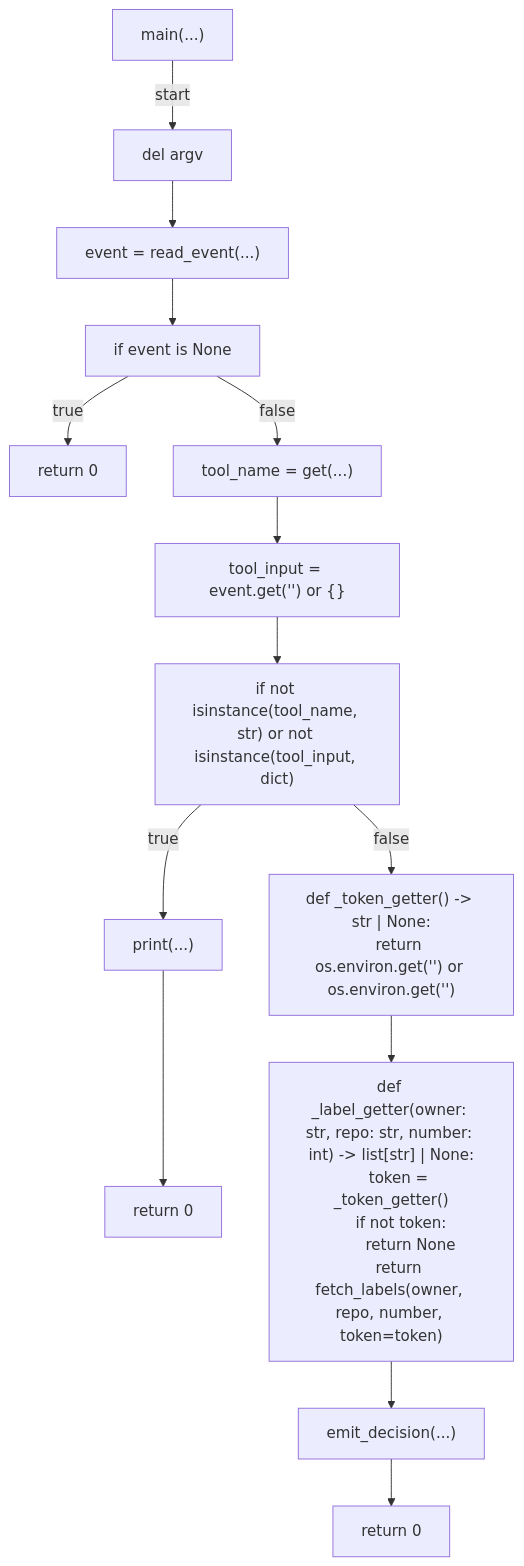
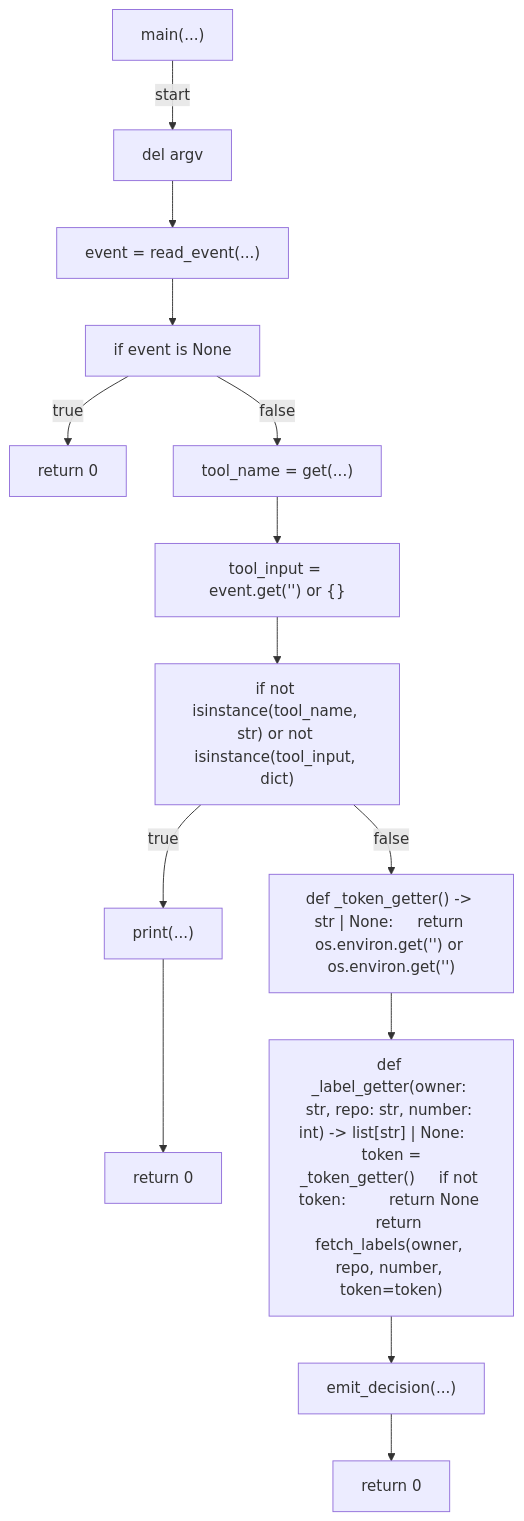
One commit to tvna/claude-md changed the seventh of 7 diagrams in docs/generated/scripts/ast/pr_body_close_keyword_gate.md. Above: the diagram before and after it, drawn with Mermaid. The commit also changed other lines of this file and 30 other files, not shown here.

First line of the commit message:
docs(generated): regenerate decision tree and workflow diagrams (batch 2/5)

````diff
--- a/docs/generated/scripts/ast/pr_body_close_keyword_gate.md
+++ b/docs/generated/scripts/ast/pr_body_close_keyword_gate.md
@@ -187,35 +181,30 @@
 ```mermaid
 flowchart TD
     N001["main(...)"]
     N002["del argv"]
     N003["event = read_event(...)"]
     N004["if event is None"]
     N005["return 0"]
     N006["tool_name = get(...)"]
     N007["tool_input = event.get('<str>') or {}"]
     N008["if not isinstance(tool_name, str) or not isinstance(tool_input, dict)"]
     N009["print(...)"]
     N010["return 0"]
-    N011["def _token_getter() -> str | None:
-    return os.environ.get('<str>') or os.environ.get('<str>')"]
-    N012["def _label_getter(owner: str, repo: str, number: int) -> list[str] | None:
-    token = _token_getter()
-    if not token:
-        return None
-    return fetch_labels(owner, repo, number, token=token)"]
+    N011["def _token_getter() -> str | None:     return os.environ.get('<str>') or os.environ.get('<str>')"]
+    N012["def _label_getter(owner: str, repo: str, number: int) -> list[str] | None:     token = _token_getter()     if not token:         return None     return fetch_labels(owner, repo, number, token=token)"]
     N013["emit_decision(...)"]
     N014["return 0"]
     N001 -->|"start"| N002
     N002 --> N003
     N003 --> N004
     N004 -->|"true"| N005
     N004 -->|"false"| N006
     N006 --> N007
     N007 --> N008
     N008 -->|"true"| N009
     N009 --> N010
     N008 -->|"false"| N011
     N011 --> N012
     N012 --> N013
     N013 --> N014
 ```
````
